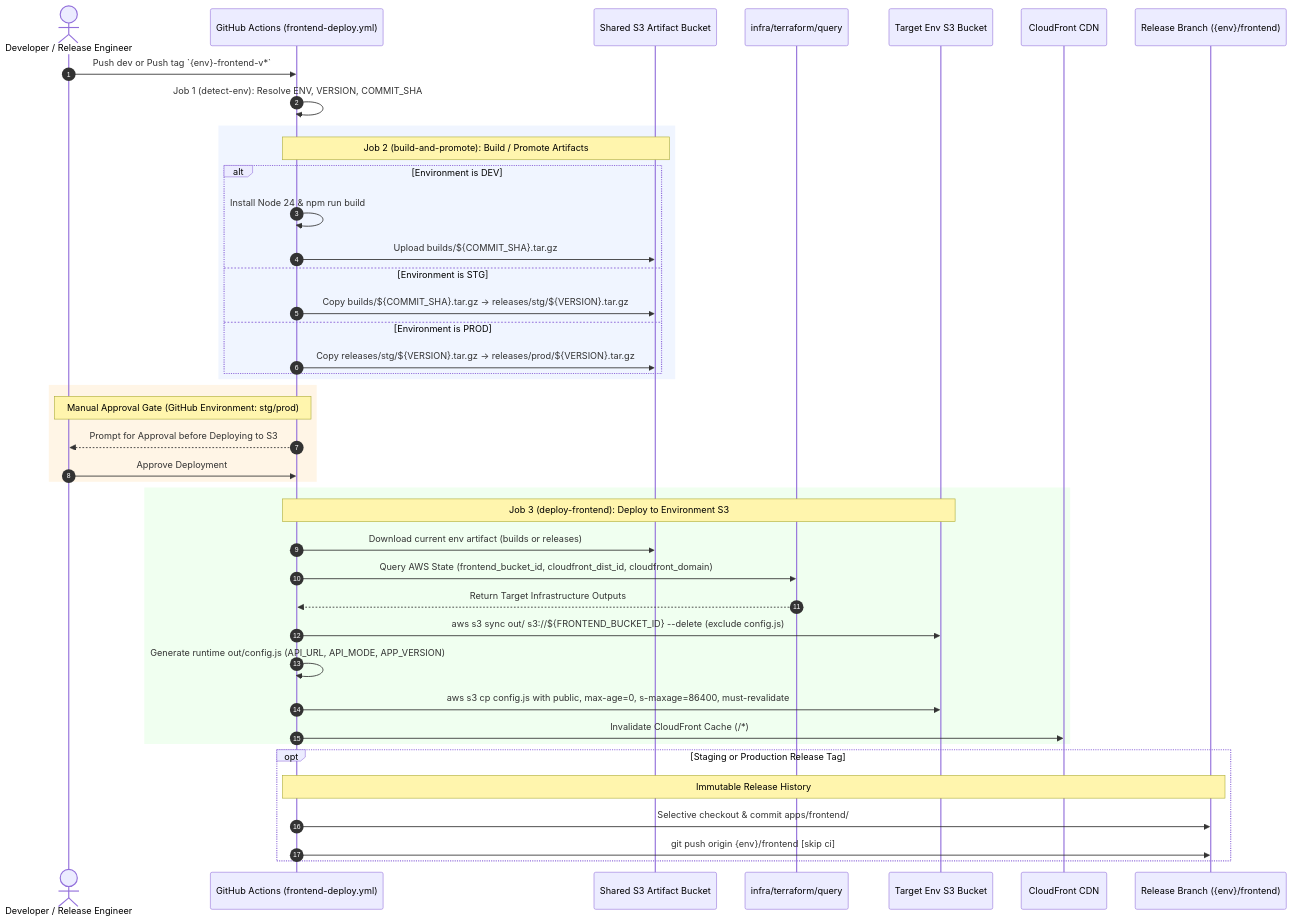
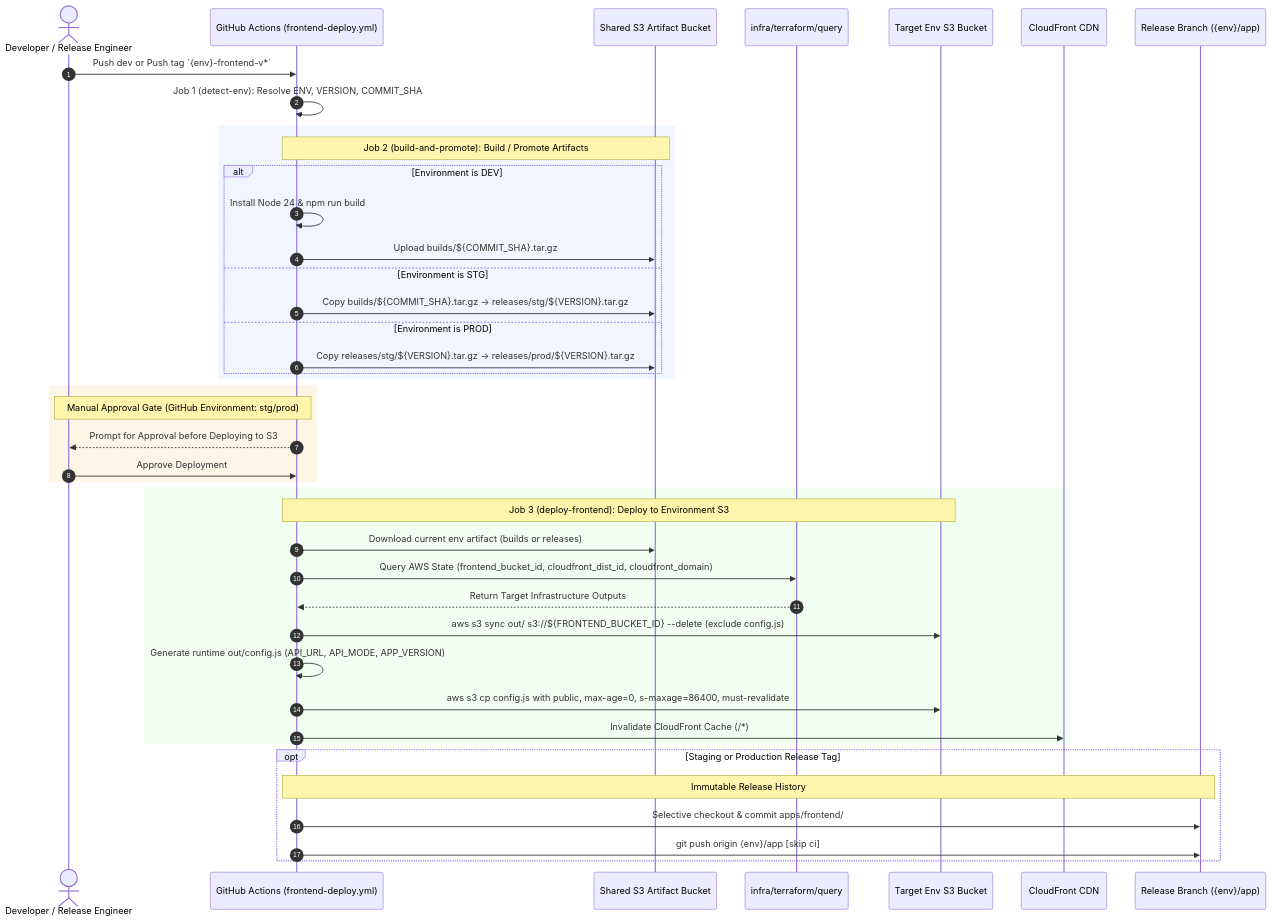
One commit to parth9218/Document-Intelligence-Platform changed the third of 3 diagrams in docs/context/infrastructure-cicd-spec.md. Above: the diagram before and after it, drawn with Mermaid. The commit also changed other lines of this file and 3 other files, not shown here.

Commit message:
Squashed commit of the following:     - chore(docs): updated docs to document mark the fix complete     - fix(cicd): used appropriate concurrency to prevent commit crash, used {env}/app release branch, and selective checkouts to bring code to release branch.

````diff
--- a/docs/context/infrastructure-cicd-spec.md
+++ b/docs/context/infrastructure-cicd-spec.md
@@ -215,49 +215,49 @@
 ```mermaid
 sequenceDiagram
     autonumber
     actor Dev as Developer / Release Engineer
     participant GH as GitHub Actions (frontend-deploy.yml)
     participant ArtS3 as Shared S3 Artifact Bucket
     participant Query as infra/terraform/query
     participant EnvS3 as Target Env S3 Bucket
     participant CF as CloudFront CDN
-    participant Git as Release Branch ({env}/frontend)
+    participant Git as Release Branch ({env}/app)
 
     Dev->>GH: Push dev or Push tag `{env}-frontend-v*`
     GH->>GH: Job 1 (detect-env): Resolve ENV, VERSION, COMMIT_SHA
 
     rect rgb(240, 245, 255)
         Note over GH, ArtS3: Job 2 (build-and-promote): Build / Promote Artifacts
         alt Environment is DEV
             GH->>GH: Install Node 24 & npm run build
             GH->>ArtS3: Upload builds/${COMMIT_SHA}.tar.gz
         else Environment is STG
             GH->>ArtS3: Copy builds/${COMMIT_SHA}.tar.gz -> releases/stg/${VERSION}.tar.gz
         else Environment is PROD
             GH->>ArtS3: Copy releases/stg/${VERSION}.tar.gz -> releases/prod/${VERSION}.tar.gz
         end
     end
 
     rect rgb(255, 245, 230)
         Note over GH, Dev: Manual Approval Gate (GitHub Environment: stg/prod)
         GH-->>Dev: Prompt for Approval before Deploying to S3
         Dev->>GH: Approve Deployment
     end
 
     rect rgb(240, 255, 240)
         Note over GH, EnvS3: Job 3 (deploy-frontend): Deploy to Environment S3
         GH->>ArtS3: Download current env artifact (builds or releases)
         GH->>Query: Query AWS State (frontend_bucket_id, cloudfront_dist_id, cloudfront_domain)
         Query-->>GH: Return Target Infrastructure Outputs
         GH->>EnvS3: aws s3 sync out/ s3://${FRONTEND_BUCKET_ID} --delete (exclude config.js)
         GH->>GH: Generate runtime out/config.js (API_URL, API_MODE, APP_VERSION)
         GH->>EnvS3: aws s3 cp config.js with public, max-age=0, s-maxage=86400, must-revalidate
         GH->>CF: Invalidate CloudFront Cache (/*)
     end
 
     opt Staging or Production Release Tag
         Note over GH, Git: Immutable Release History
         GH->>Git: Selective checkout & commit apps/frontend/
-        GH->>Git: git push origin {env}/frontend [skip ci]
+        GH->>Git: git push origin {env}/app [skip ci]
     end
 ```
````
